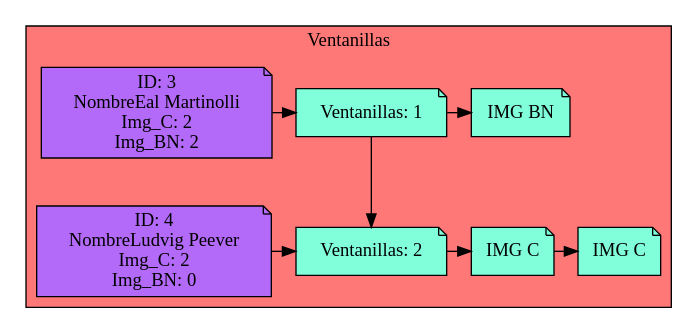
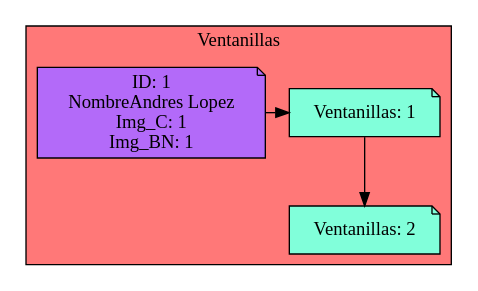
Before and after one commit to Serch-ING/EDD_UDRAWING_202000119: the diagram in Simple_Windows.dot, drawn with Graphviz. The commit also changed 13 other files, not shown here.

```diff
--- a/Simple_Windows.dot
+++ b/Simple_Windows.dot
@@ -1,32 +1,17 @@
 digraph L {
 node[shape=note fillcolor="#A181FF" style =filled]
 subgraph cluster_p{
     label= " Ventanillas "
     bgcolor = "#FF7878"
 Nodo1661081225[label="Ventanillas: 1",fillcolor="#81FFDA",group=1]
 Nodo1882554559[label="Ventanillas: 2",fillcolor="#81FFDA",group=2]
 
 Nodo1661081225 -> Nodo1882554559
 
-Cliente404214852[label="ID: 3
-NombreEal Martinolli
-Img_C: 2
-Img_BN: 2",fillcolor="#B36AF9",group=1]
-Cliente404214852-> Nodo1661081225
-Nodo957465255[label="IMG BN",fillcolor="#81FFDA"]
-
-Nodo1661081225 -> Nodo957465255
-
-{rank=same;Nodo1661081225,Cliente404214852,Nodo957465255}
-Cliente836220863[label="ID: 4
-NombreLudvig Peever
-Img_C: 2
-Img_BN: 0",fillcolor="#B36AF9",group=2]
-Cliente836220863-> Nodo1882554559
-Nodo1254344205[label="IMG C",fillcolor="#81FFDA"]
-Nodo1822971466[label="IMG C",fillcolor="#81FFDA"]
-Nodo1254344205 -> Nodo1822971466
-
-Nodo1882554559 -> Nodo1254344205
-
-{rank=same;Nodo1882554559,Cliente836220863,Nodo1254344205,Nodo1822971466}}}
+Cliente1738674023[label="ID: 1
+NombreAndres Lopez
+Img_C: 1
+Img_BN: 1",fillcolor="#B36AF9",group=1]
+Cliente1738674023-> Nodo1661081225
+{rank=same;Nodo1661081225,Cliente1738674023}
+{rank=same;Nodo1882554559}}}
```
